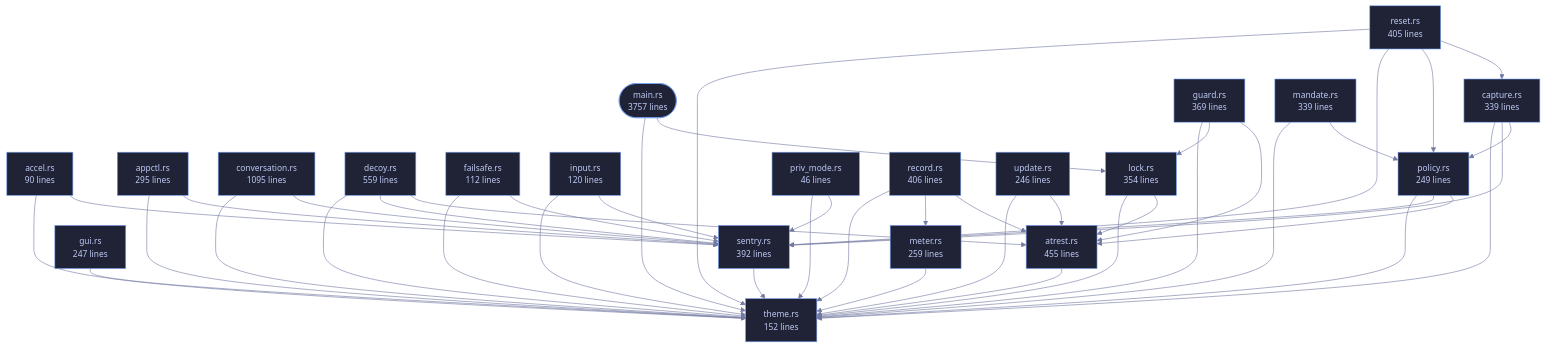
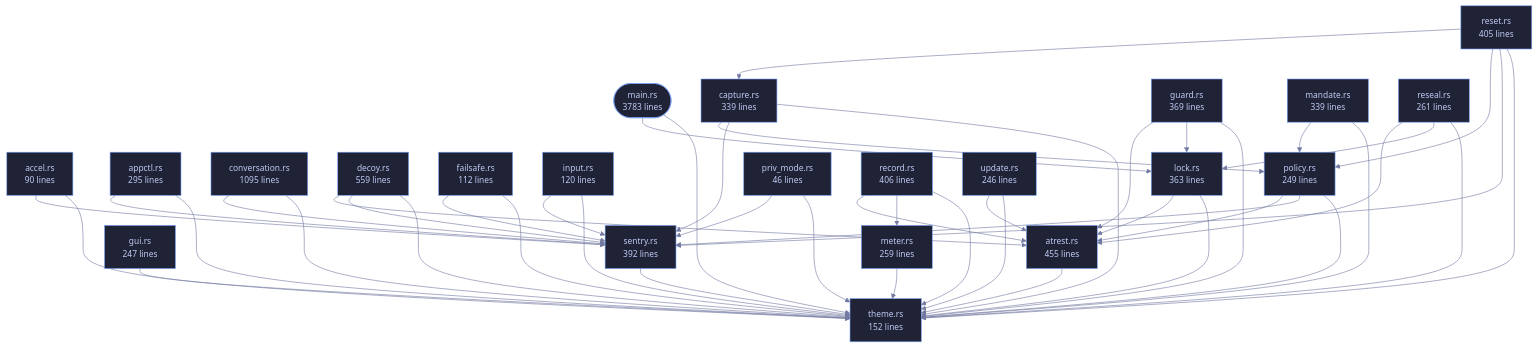
Before and after one commit to tilas01/veilvoice: the diagram in crates/veilvoice-cli/README.md, drawn with Mermaid. The commit also changed other lines of this file and 65 other files, not shown here.

````diff
--- a/crates/veilvoice-cli/README.md
+++ b/crates/veilvoice-cli/README.md
@@ -110,7 +110,7 @@
 ```mermaid
 %%{init: {"theme":"base","themeVariables":{"background":"#1a1b26","primaryColor":"#1f2335","primaryTextColor":"#c0caf5","primaryBorderColor":"#7aa2f7","secondaryColor":"#16161e","tertiaryColor":"#16161e","lineColor":"#737aa2","textColor":"#c0caf5","mainBkg":"#1f2335","nodeBorder":"#7aa2f7","clusterBkg":"#16161e","clusterBorder":"#2f3549","fontFamily":"ui-monospace, SFMono-Regular, Consolas, monospace","fontSize":"14px"}}}%%
 flowchart TD
-    n_main(["main.rs<br/>3757 lines"])
+    n_main(["main.rs<br/>3783 lines"])
     n_accel["accel.rs<br/>90 lines"]
     n_appctl["appctl.rs<br/>295 lines"]
     n_atrest["atrest.rs<br/>455 lines"]
@@ -121,12 +121,13 @@
     n_guard["guard.rs<br/>369 lines"]
     n_gui["gui.rs<br/>247 lines"]
     n_input["input.rs<br/>120 lines"]
-    n_lock["lock.rs<br/>354 lines"]
+    n_lock["lock.rs<br/>363 lines"]
     n_mandate["mandate.rs<br/>339 lines"]
     n_meter["meter.rs<br/>259 lines"]
     n_policy["policy.rs<br/>249 lines"]
     n_priv_mode["priv_mode.rs<br/>46 lines"]
     n_record["record.rs<br/>406 lines"]
+    n_reseal["reseal.rs<br/>261 lines"]
     n_reset["reset.rs<br/>405 lines"]
     n_sentry["sentry.rs<br/>392 lines"]
     n_theme["theme.rs<br/>152 lines"]
@@ -167,6 +168,9 @@
     n_record --> n_atrest
     n_record --> n_meter
     n_record --> n_theme
+    n_reseal --> n_atrest
+    n_reseal --> n_lock
+    n_reseal --> n_theme
     n_reset --> n_capture
     n_reset --> n_policy
     n_reset --> n_sentry
@@ -191,6 +195,7 @@
     click n_policy href "https://github.com/tilas01/veilvoice/blob/main/crates/veilvoice-cli/src/policy.rs" "open the source"
     click n_priv_mode href "https://github.com/tilas01/veilvoice/blob/main/crates/veilvoice-cli/src/priv_mode.rs" "open the source"
     click n_record href "https://github.com/tilas01/veilvoice/blob/main/crates/veilvoice-cli/src/record.rs" "open the source"
+    click n_reseal href "https://github.com/tilas01/veilvoice/blob/main/crates/veilvoice-cli/src/reseal.rs" "open the source"
     click n_reset href "https://github.com/tilas01/veilvoice/blob/main/crates/veilvoice-cli/src/reset.rs" "open the source"
     click n_sentry href "https://github.com/tilas01/veilvoice/blob/main/crates/veilvoice-cli/src/sentry.rs" "open the source"
     click n_theme href "https://github.com/tilas01/veilvoice/blob/main/crates/veilvoice-cli/src/theme.rs" "open the source"
````
